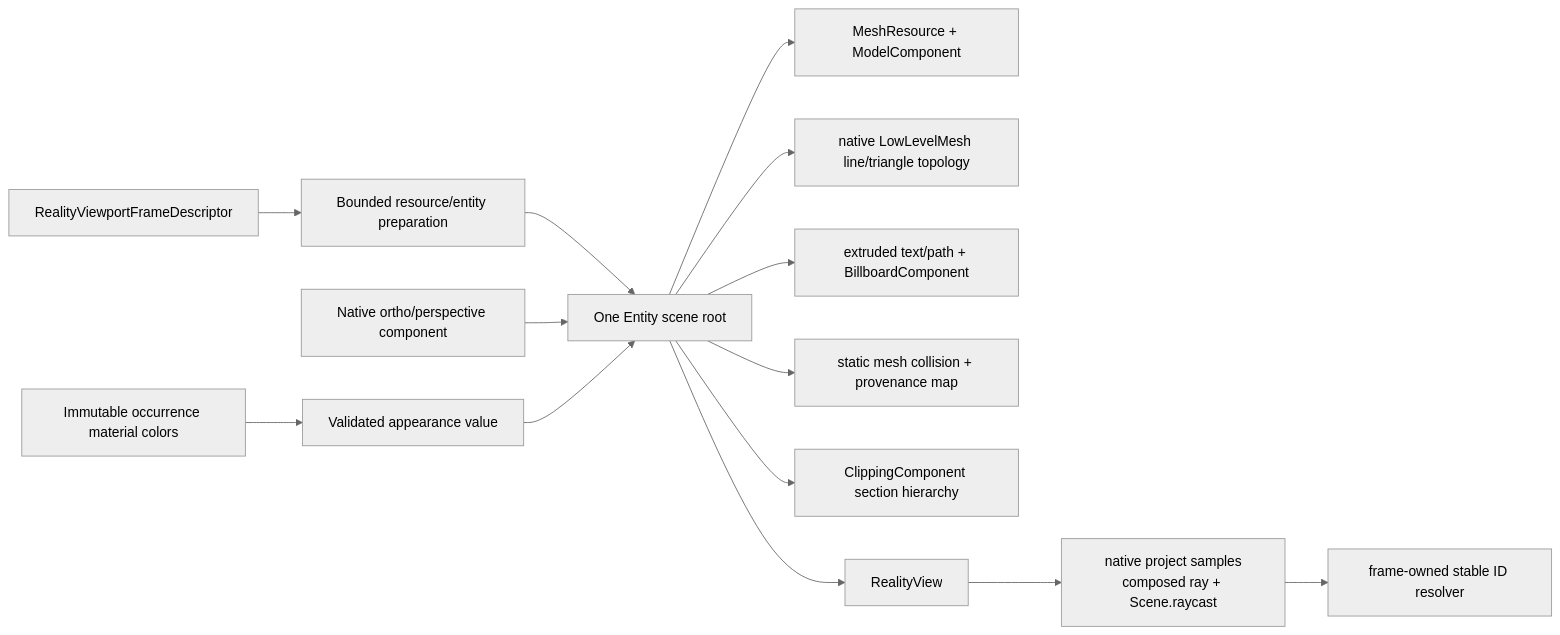
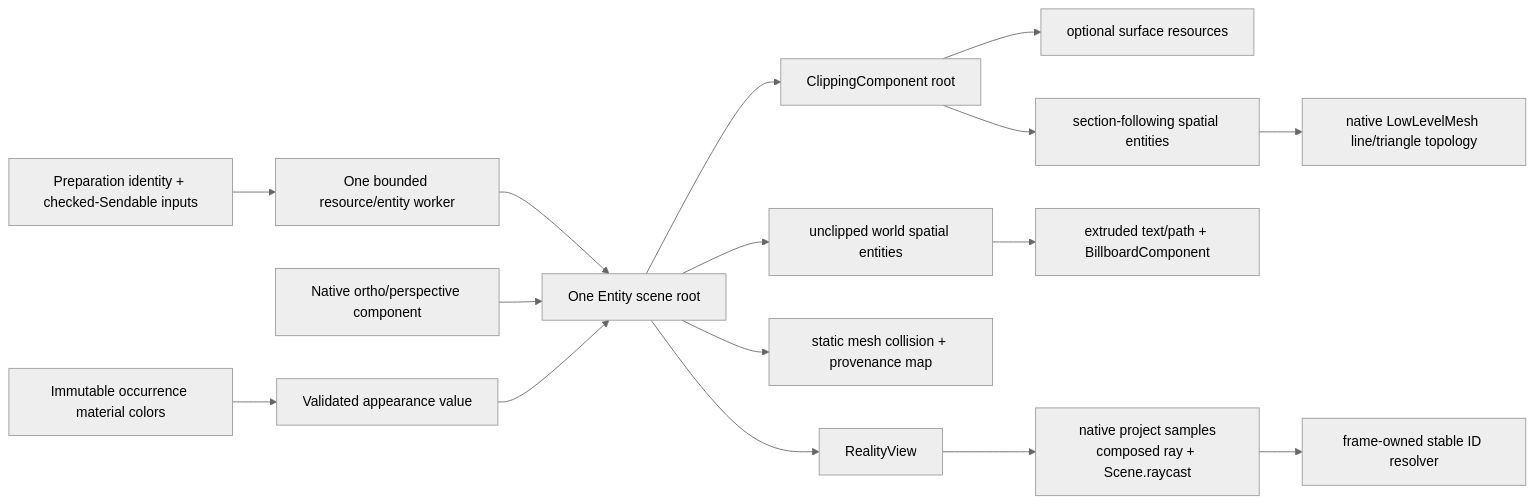
One commit to 1amageek/Rupa changed the diagram in RupaKit/Sources/RupaRendering/RealityViewport/DESIGN.md. Above: the diagram before and after it, drawn with Mermaid (neutral theme). The commit also changed other lines of this file and 65 other files, not shown here.

Commit message:
feat: render spatial viewport overlays with RealityKit

````diff
--- a/RupaKit/Sources/RupaRendering/RealityViewport/DESIGN.md
+++ b/RupaKit/Sources/RupaRendering/RealityViewport/DESIGN.md
@@ -53,16 +52,18 @@
 ```mermaid
 flowchart LR
-    Frame["RealityViewportFrameDescriptor"] --> Build["Bounded resource/entity preparation"]
+    Frame["Preparation identity + checked-Sendable inputs"] --> Build["One bounded resource/entity worker"]
     Colors["Immutable occurrence material colors"] --> Appearance["Validated appearance value"]
     Build --> Root["One Entity scene root"]
     Camera["Native ortho/perspective component"] --> Root
-    Root --> Surface["MeshResource + ModelComponent"]
-    Root --> Lines["native LowLevelMesh line/triangle topology"]
-    Root --> Labels["extruded text/path + BillboardComponent"]
+    Root --> Clip["ClippingComponent root"]
+    Clip --> Surface["optional surface resources"]
+    Clip --> Sectioned["section-following spatial entities"]
+    Root --> World["unclipped world spatial entities"]
+    Sectioned --> Lines["native LowLevelMesh line/triangle topology"]
+    World --> Labels["extruded text/path + BillboardComponent"]
     Root --> Collision["static mesh collision + provenance map"]
-    Root --> Clip["ClippingComponent section hierarchy"]
     Root --> View["RealityView"]
     Appearance --> Root
     View --> Query["native project samples\ncomposed ray + Scene.raycast"]
     Query --> Resolve["frame-owned stable ID resolver"]
 ```
````
